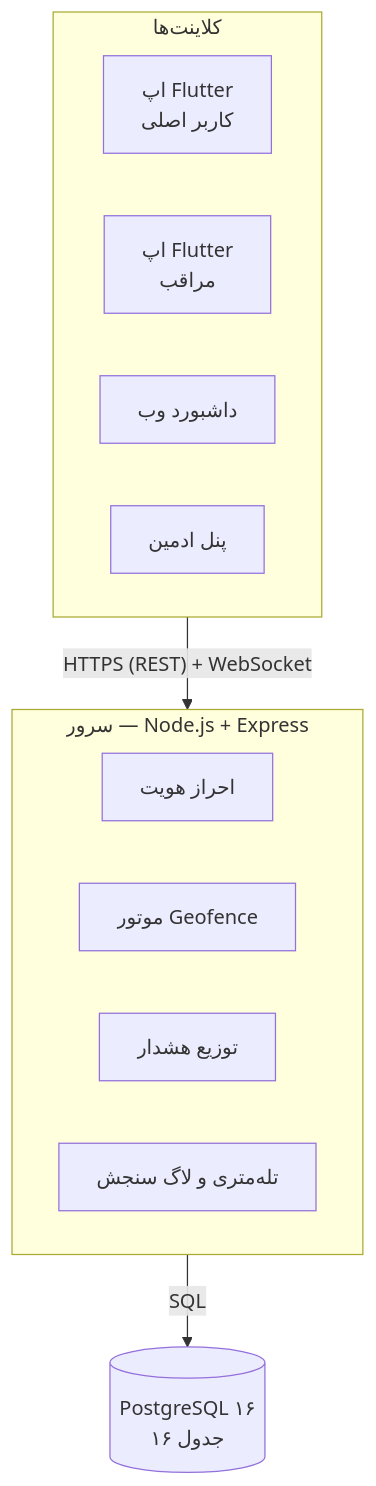
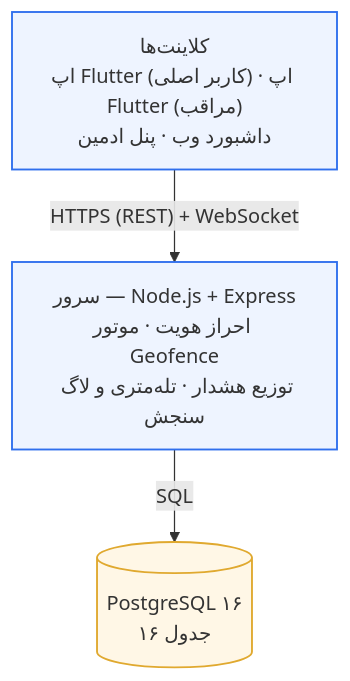
One commit to MortezaPZ/safestep changed the first of 2 diagrams in docs/thesis-guide.md. Above: the diagram before and after it, drawn with Mermaid. The commit also changed 1 other file, not shown here.

Commit message:
افزودن PDF راهنمای دفاع و رفع باگ‌های تولید آن
- رفع باگ اصلی: حذف سراسری </div> برای برداشتن پوسته‌ی RTL، بستن‌کننده‌ی
  جای‌نگه‌دار نمودار mermaid را هم پاک می‌کرد و نمودار اول را کاملاً حذف
  می‌کرد؛ جای‌نگه‌دار حالا یک متن ساده است نه تگ HTML اضافه
- فهرست‌های شماره‌دار با ارقام فارسی (۱. ۲. ۳.) که در یک پاراگراف ادغام
  می‌شدند، به <ol> واقعی تبدیل شدند
- نمودار معماری از چهار جعبه‌ی تودرتو به سه جعبه‌ی فشرده ساده شد
- رندر با headless Chrome (puppeteer-core) + فونت وزیرمتن جاسازی‌شده

````diff
--- a/docs/thesis-guide.md
+++ b/docs/thesis-guide.md
@@ -89,23 +89,13 @@
 ```mermaid
 flowchart TB
-    subgraph clients["کلاینت‌ها"]
-        direction RL
-        A["اپ Flutter<br/>کاربر اصلی"]
-        B["اپ Flutter<br/>مراقب"]
-        C["داشبورد وب"]
-        D["پنل ادمین"]
-    end
+    A["کلاینت‌ها<br/>اپ Flutter (کاربر اصلی) · اپ Flutter (مراقب)<br/>داشبورد وب · پنل ادمین"]
+    B["سرور — Node.js + Express<br/>احراز هویت · موتور Geofence<br/>توزیع هشدار · تله‌متری و لاگ سنجش"]
+    C[("PostgreSQL ۱۶<br/>۱۶ جدول")]
 
-    subgraph server["سرور — Node.js + Express"]
-        direction RL
-        E["احراز هویت"]
-        F["موتور Geofence"]
-        G["توزیع هشدار"]
-        H["تله‌متری و لاگ سنجش"]
-    end
+    A -->|"HTTPS (REST) + WebSocket"| B
+    B -->|SQL| C
 
-    DB[("PostgreSQL ۱۶<br/>۱۶ جدول")]
-
-    clients -->|"HTTPS (REST) + WebSocket"| server
-    server -->|SQL| DB
+    style A fill:#eef4ff,stroke:#2f6fed,stroke-width:1.5px
+    style B fill:#eef4ff,stroke:#2f6fed,stroke-width:1.5px
+    style C fill:#fff7e6,stroke:#e0a92f,stroke-width:1.5px
 ```
````
